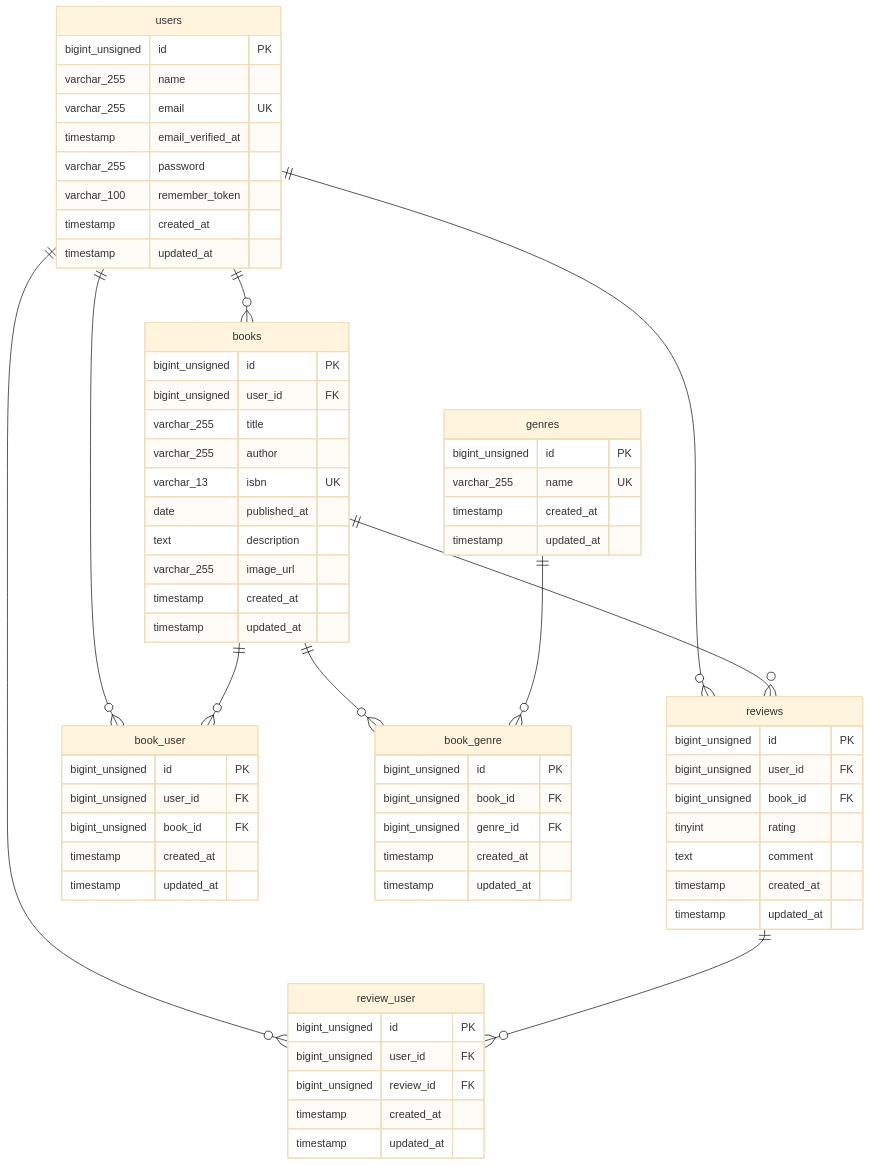
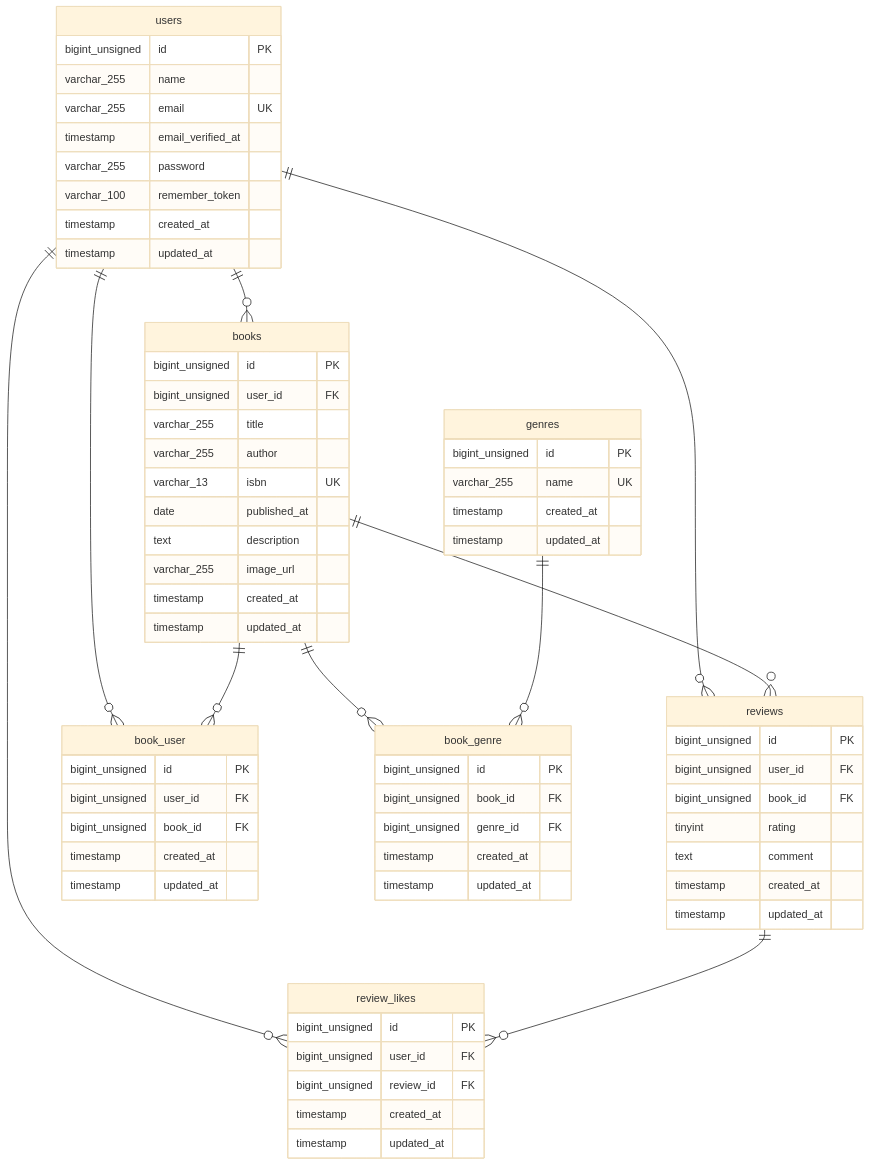
The diagram in README.md (kino-mari/bookshelf-app), drawn with Mermaid (base theme) before and after one commit. The commit also changed 9 other files, not shown here.

````diff
--- a/README.md
+++ b/README.md
@@ -3,79 +3,79 @@
 ```mermaid
 erDiagram
     users ||--o{ books : ""
     users ||--o{ reviews : ""
     users ||--o{ book_user : ""
-    users ||--o{ review_user : ""
+    users ||--o{ review_likes : ""
 
     books ||--o{ reviews : ""
     books ||--o{ book_genre : ""
     books ||--o{ book_user : ""
 
     genres ||--o{ book_genre : ""
-    reviews ||--o{ review_user : ""
+    reviews ||--o{ review_likes : ""
 
     users {
         bigint_unsigned id PK
         varchar_255 name
         varchar_255 email UK
         timestamp email_verified_at
         varchar_255 password
         varchar_100 remember_token
         timestamp created_at
         timestamp updated_at
     }
 
     genres {
         bigint_unsigned id PK
         varchar_255 name UK
         timestamp created_at
         timestamp updated_at
     }
 
     books {
         bigint_unsigned id PK
         bigint_unsigned user_id FK
         varchar_255 title
         varchar_255 author
         varchar_13 isbn UK
         date published_at
         text description
         varchar_255 image_url
         timestamp created_at
         timestamp updated_at
     }
 
     reviews {
         bigint_unsigned id PK
         bigint_unsigned user_id FK
         bigint_unsigned book_id FK
         tinyint rating
         text comment
         timestamp created_at
         timestamp updated_at
     }
 
     book_genre {
         bigint_unsigned id PK
         bigint_unsigned book_id FK
         bigint_unsigned genre_id FK
         timestamp created_at
         timestamp updated_at
     }
 
     book_user {
         bigint_unsigned id PK
         bigint_unsigned user_id FK
         bigint_unsigned book_id FK
         timestamp created_at
         timestamp updated_at
     }
 
-    review_user {
+    review_likes {
         bigint_unsigned id PK
         bigint_unsigned user_id FK
         bigint_unsigned review_id FK
         timestamp created_at
         timestamp updated_at
     }
 ```
````
